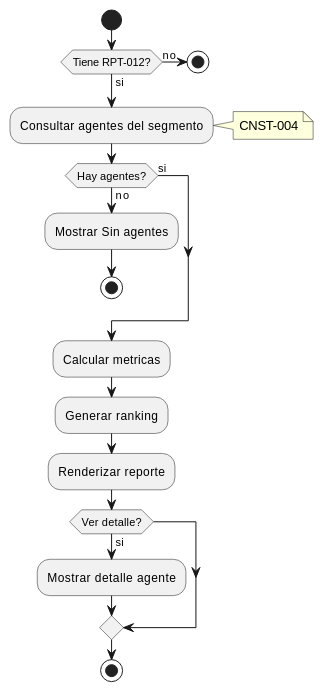
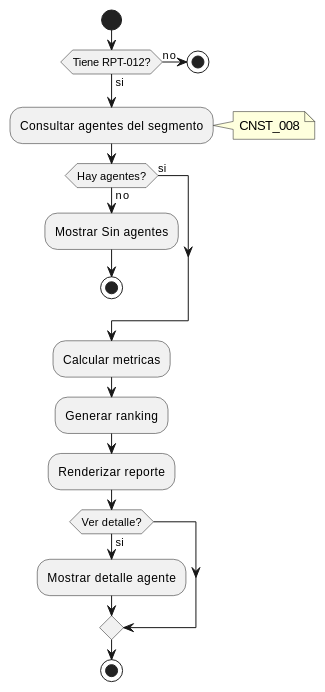
The third of 3 diagrams in source/requisitos/casos_uso/reports/UC_RPT_12_Ver_Reporte_Agentes.rst (jcg-admin/IACT-docs), drawn with PlantUML before and after one commit. The commit also changed other lines of this file and 67 other files, not shown here.

```diff
--- a/source/requisitos/casos_uso/reports/UC_RPT_12_Ver_Reporte_Agentes.rst
+++ b/source/requisitos/casos_uso/reports/UC_RPT_12_Ver_Reporte_Agentes.rst
@@ -202,24 +202,24 @@
 .. uml::
    :caption: Diagrama de Actividad - UC_RPT_12
 
    @startuml
    start
    if (Tiene RPT-012?) then (no)
      stop
    else (si)
    endif
    :Consultar agentes del segmento;
-   note right: CNST-004
+   note right: CNST_008
    if (Hay agentes?) then (no)
      :Mostrar Sin agentes;
      stop
    else (si)
    endif
    :Calcular metricas;
    :Generar ranking;
    :Renderizar reporte;
    if (Ver detalle?) then (si)
      :Mostrar detalle agente;
    endif
    stop
    @enduml
```
